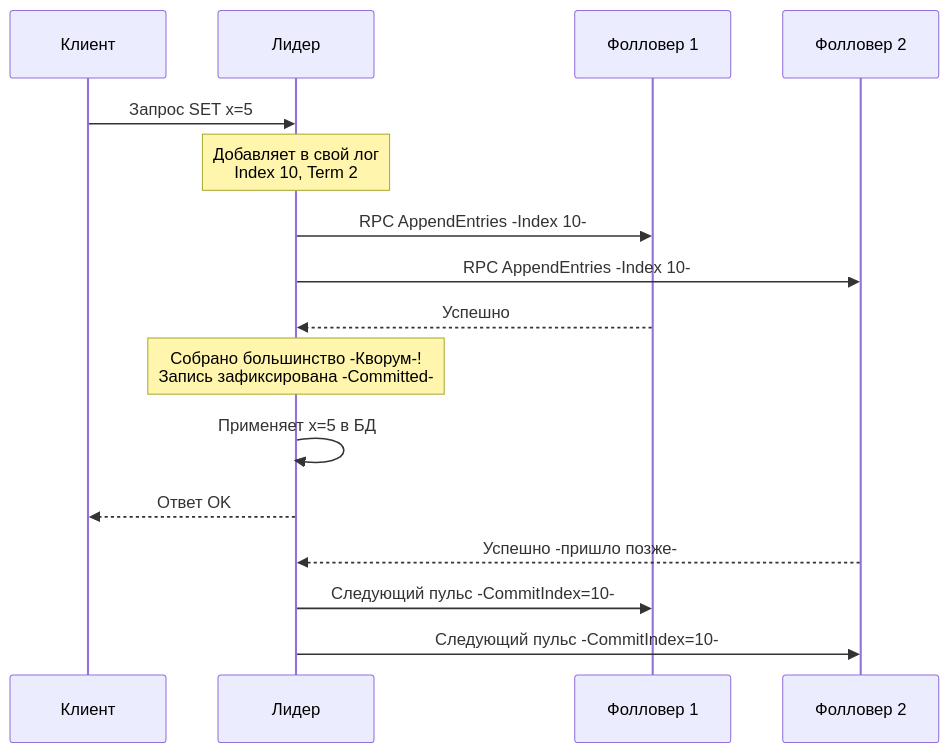
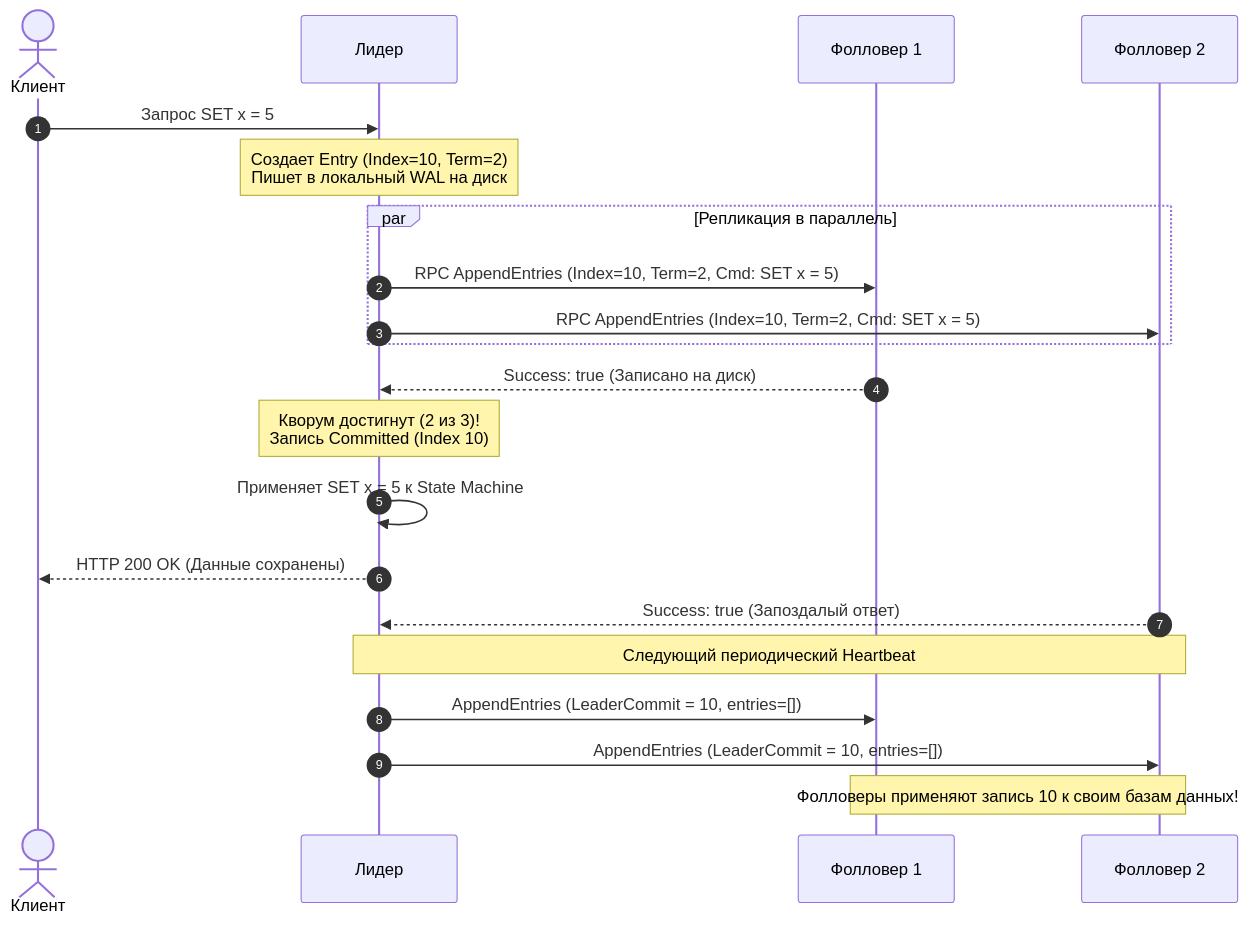
The first of 2 diagrams in sources/14. Распределенные системы на Go/02. Консенсус/4. Raft. Log replication.md (UnrealTemplier/go-textbook), drawn with Mermaid before and after one commit. The commit also changed other lines of this file, not shown here.

````diff
--- a/sources/14. Распределенные системы на Go/02. Консенсус/4. Raft. Log replication.md
+++ b/sources/14. Распределенные системы на Go/02. Консенсус/4. Raft. Log replication.md
@@ -29,23 +49,29 @@
 ```mermaid
 sequenceDiagram
-    participant C as Клиент
+    autonumber
+    actor Client as Клиент
     participant L as Лидер
     participant F1 as Фолловер 1
     participant F2 as Фолловер 2
 
-    C->>L: Запрос SET x=5
-    Note over L: Добавляет в свой лог<br>Index 10, Term 2
+    Client->>L: Запрос SET x = 5
+    Note over L: Создает Entry (Index=10, Term=2)<br/>Пишет в локальный WAL на диск
     
-    L->>F1: RPC AppendEntries -Index 10-
-    L->>F2: RPC AppendEntries -Index 10-
+    par Репликация в параллель
+        L->>F1: RPC AppendEntries (Index=10, Term=2, Cmd: SET x = 5)
+        L->>F2: RPC AppendEntries (Index=10, Term=2, Cmd: SET x = 5)
+    end
     
-    F1-->>L: Успешно
-    Note over L: Собрано большинство -Кворум-!<br>Запись зафиксирована -Committed-
+    F1-->>L: Success: true (Записано на диск)
+    Note over L: Кворум достигнут (2 из 3)!<br/>Запись Committed (Index 10)
     
-    L->>L: Применяет x=5 в БД
-    L-->>C: Ответ OK
+    L->>L: Применяет SET x = 5 к State Machine
+    L-->>Client: HTTP 200 OK (Данные сохранены)
     
-    F2-->>L: Успешно -пришло позже-
-    L->>F1: Следующий пульс -CommitIndex=10-
-    L->>F2: Следующий пульс -CommitIndex=10-
+    F2-->>L: Success: true (Запоздалый ответ)
+    
+    Note over L,F2: Следующий периодический Heartbeat
+    L->>F1: AppendEntries (LeaderCommit = 10, entries=[])
+    L->>F2: AppendEntries (LeaderCommit = 10, entries=[])
+    Note over F1,F2: Фолловеры применяют запись 10 к своим базам данных!
 ```
````
